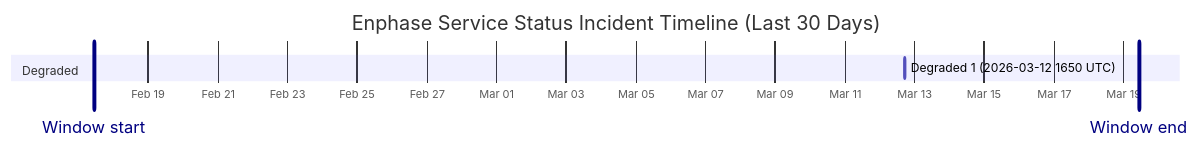
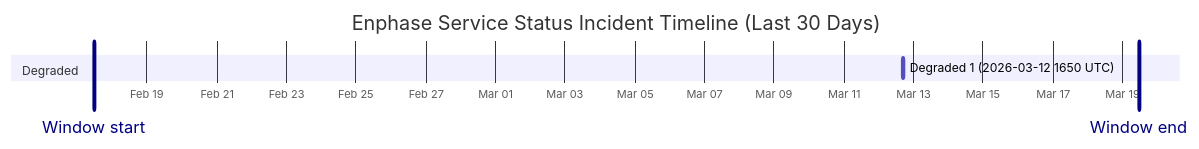
Before and after one commit to barneyonline/ha-enphase-ev-charger: the diagram in wiki/Service-Status-History.md, drawn with Mermaid. The commit also changed other lines of this file and 3 other files, not shown here.

````diff
--- a/wiki/Service-Status-History.md
+++ b/wiki/Service-Status-History.md
@@ -14,10 +14,10 @@
 ```mermaid
 gantt
     title Enphase Service Status Incident Timeline (Last 30 Days)
     dateFormat  YYYY-MM-DDTHH:mm:ss
     axisFormat  %b %d
-    Window start :vert, window-start, 2026-02-17T10:31:11, 0ms
-    Window end :vert, window-end, 2026-03-19T10:31:11, 0ms
+    Window start :vert, window-start, 2026-02-17T11:28:25, 0ms
+    Window end :vert, window-end, 2026-03-19T11:28:25, 0ms
     section Degraded
     Degraded 1 (2026-03-12 1650 UTC) :active, degraded-1, 2026-03-12T16:50:43, 60m
 ```
````
